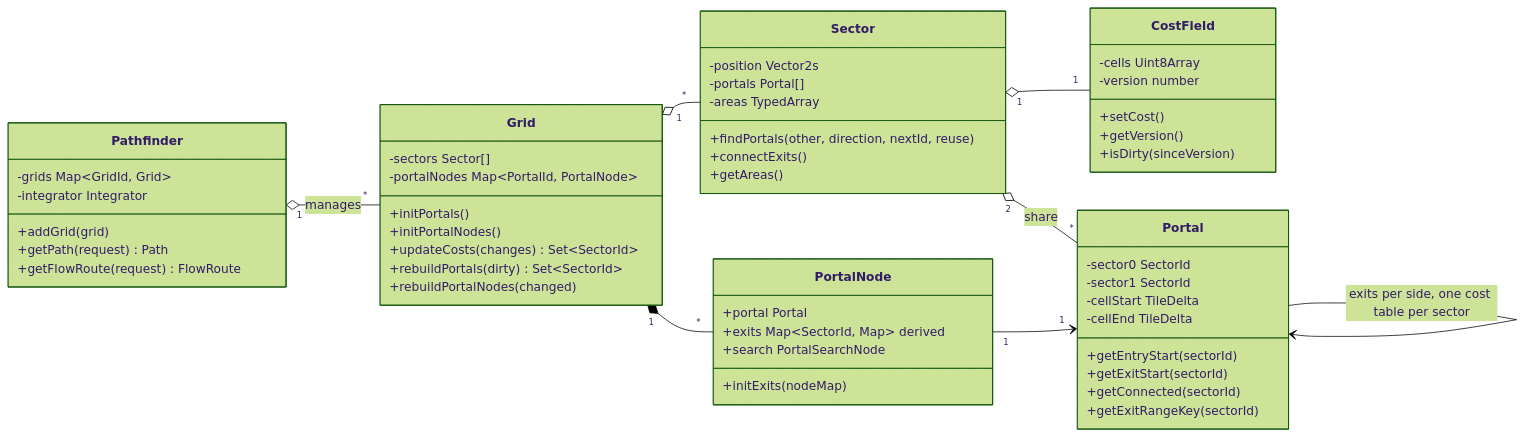
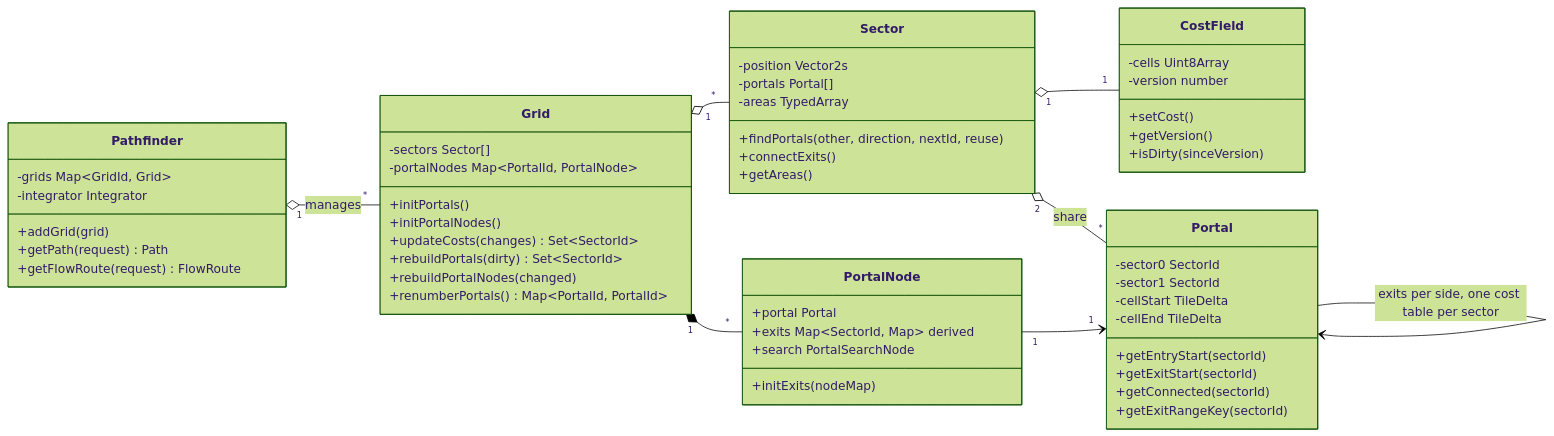
The fifth of 18 diagrams in docs/ARCHITECTURE.md (leptoquark1/openage-pfadfinder), drawn with Mermaid (forest theme) before and after one commit. The commit also changed other lines of this file and 5 other files, not shown here.

First line of the commit message:
feat(grid): add renumberPortals() for ids independent of the update history

````diff
--- a/docs/ARCHITECTURE.md
+++ b/docs/ARCHITECTURE.md
@@ -248,60 +248,61 @@
 ```mermaid
 classDiagram
     direction LR
 
     class Pathfinder {
         -grids Map~GridId, Grid~
         -integrator Integrator
         +addGrid(grid)
         +getPath(request) Path
         +getFlowRoute(request) FlowRoute
     }
     class Grid {
         -sectors Sector[]
         -portalNodes Map~PortalId, PortalNode~
         +initPortals()
         +initPortalNodes()
         +updateCosts(changes) Set~SectorId~
         +rebuildPortals(dirty) Set~SectorId~
         +rebuildPortalNodes(changed)
+        +renumberPortals() Map~PortalId, PortalId~
     }
     class Sector {
         -position Vector2s
         -portals Portal[]
         -areas TypedArray
         +findPortals(other, direction, nextId, reuse)
         +connectExits()
         +getAreas()
     }
     class Portal {
         -sector0 SectorId
         -sector1 SectorId
         -cellStart TileDelta
         -cellEnd TileDelta
         +getEntryStart(sectorId)
         +getExitStart(sectorId)
         +getConnected(sectorId)
         +getExitRangeKey(sectorId)
     }
     class PortalNode {
         +portal Portal
         +exits Map~SectorId, Map~ derived
         +search PortalSearchNode
         +initExits(nodeMap)
     }
     class CostField {
         -cells Uint8Array
         -version number
         +setCost()
         +getVersion()
         +isDirty(sinceVersion)
     }
 
     Pathfinder "1" o-- "*" Grid : manages
     Grid "1" o-- "*" Sector
     Grid "1" *-- "*" PortalNode
     Sector "1" o-- "1" CostField
     Sector "2" o-- "*" Portal : share
     PortalNode "1" --> "1" Portal
     Portal --> Portal : exits per side, one cost table per sector
 ```
````
